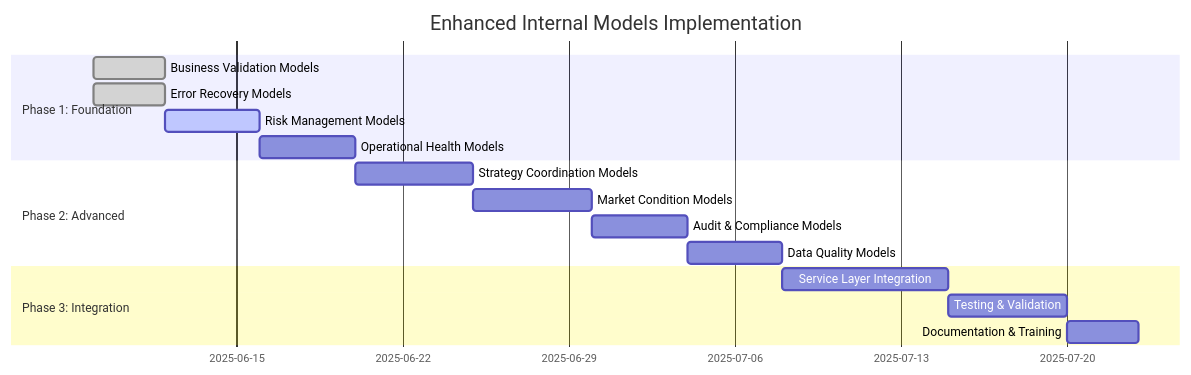
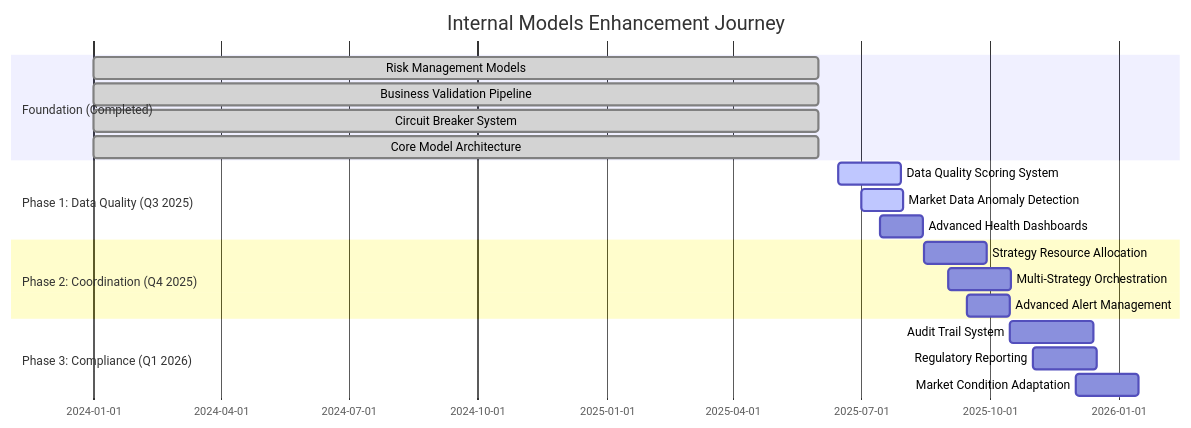
Before and after one commit to plataplomo/hummingbot: the ninth of 11 diagrams in workflow/business_logic/internal_models.md, drawn with Mermaid. The commit also changed other lines of this file and 58 other files, not shown here.

````diff
--- a/workflow/business_logic/internal_models.md
+++ b/workflow/business_logic/internal_models.md
@@ -996,21 +1092,25 @@
 ```mermaid
 gantt
-    title Enhanced Internal Models Implementation
+    title Internal Models Enhancement Journey
     dateFormat  YYYY-MM-DD
-    section Phase 1: Foundation
-    Business Validation Models    :done, p1a, 2025-06-09, 3d
-    Error Recovery Models         :done, p1b, 2025-06-09, 3d
-    Risk Management Models        :active, p1c, 2025-06-12, 4d
-    Operational Health Models     :p1d, 2025-06-16, 4d
+    section Foundation (Completed)
+    Risk Management Models        :done, foundation1, 2024-01-01, 2025-06-01
+    Business Validation Pipeline  :done, foundation2, 2024-01-01, 2025-06-01
+    Circuit Breaker System        :done, foundation3, 2024-01-01, 2025-06-01
+    Core Model Architecture       :done, foundation4, 2024-01-01, 2025-06-01
     
-    section Phase 2: Advanced
-    Strategy Coordination Models  :p2a, 2025-06-20, 5d
-    Market Condition Models       :p2b, 2025-06-25, 5d
-    Audit & Compliance Models     :p2c, 2025-06-30, 4d
-    Data Quality Models           :p2d, 2025-07-04, 4d
+    section Phase 1: Data Quality (Q3 2025)
+    Data Quality Scoring System   :active, p1a, 2025-06-15, 45d
+    Market Data Anomaly Detection :active, p1b, 2025-07-01, 30d
+    Advanced Health Dashboards    :p1c, 2025-07-15, 30d
     
-    section Phase 3: Integration
-    Service Layer Integration     :p3a, 2025-07-08, 7d
-    Testing & Validation          :p3b, 2025-07-15, 5d
-    Documentation & Training      :p3c, 2025-07-20, 3d
+    section Phase 2: Coordination (Q4 2025)
+    Strategy Resource Allocation  :p2a, 2025-08-15, 45d
+    Multi-Strategy Orchestration  :p2b, 2025-09-01, 45d
+    Advanced Alert Management     :p2c, 2025-09-15, 30d
+    
+    section Phase 3: Compliance (Q1 2026)
+    Audit Trail System           :p3a, 2025-10-15, 60d
+    Regulatory Reporting          :p3b, 2025-11-01, 45d
+    Market Condition Adaptation   :p3c, 2025-12-01, 45d
 ```
````
